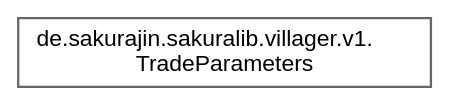
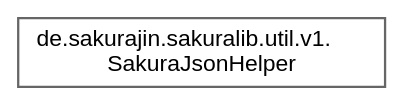
The diagram in inherit_graph_37.dot (noah1510/sakura-lib), drawn with Graphviz before and after one commit. The commit also changed 97 other files, not shown here.

```diff
--- a/inherit_graph_37.dot
+++ b/inherit_graph_37.dot
@@ -1,9 +1,9 @@
 digraph "Graphical Class Hierarchy"
 {
  // LATEX_PDF_SIZE
   bgcolor="transparent";
   edge [fontname=Helvetica,fontsize=10,labelfontname=Helvetica,labelfontsize=10];
   node [fontname=Helvetica,fontsize=10,shape=box,height=0.2,width=0.4];
   rankdir="LR";
-  Node0 [label="de.sakurajin.sakuralib.villager.v1.\lTradeParameters",height=0.2,width=0.4,color="grey40", fillcolor="white", style="filled",URL="$classde_1_1sakurajin_1_1sakuralib_1_1villager_1_1v1_1_1TradeParameters.html",tooltip="A class to represent the parameters for an individual trade."];
+  Node0 [label="de.sakurajin.sakuralib.util.v1.\lSakuraJsonHelper",height=0.2,width=0.4,color="grey40", fillcolor="white", style="filled",URL="$classde_1_1sakurajin_1_1sakuralib_1_1util_1_1v1_1_1SakuraJsonHelper.html",tooltip="This class contains helper functions for working with json."];
 }
```
